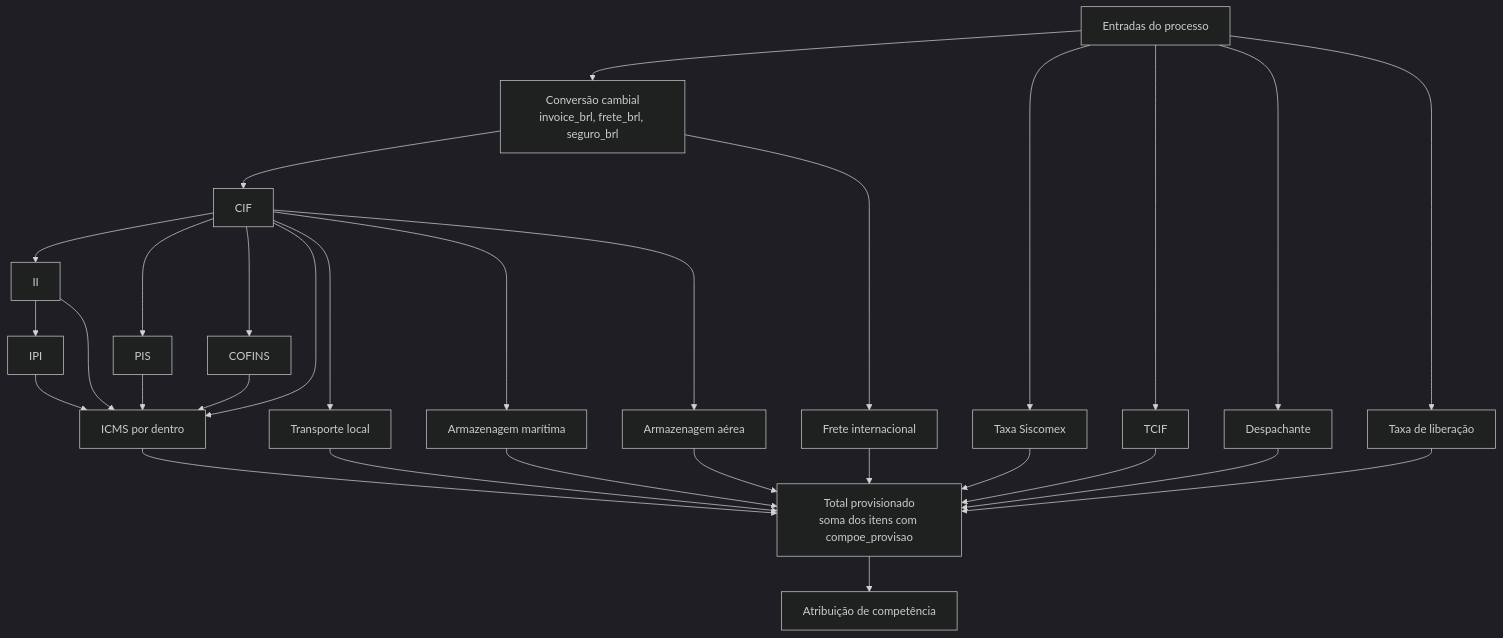
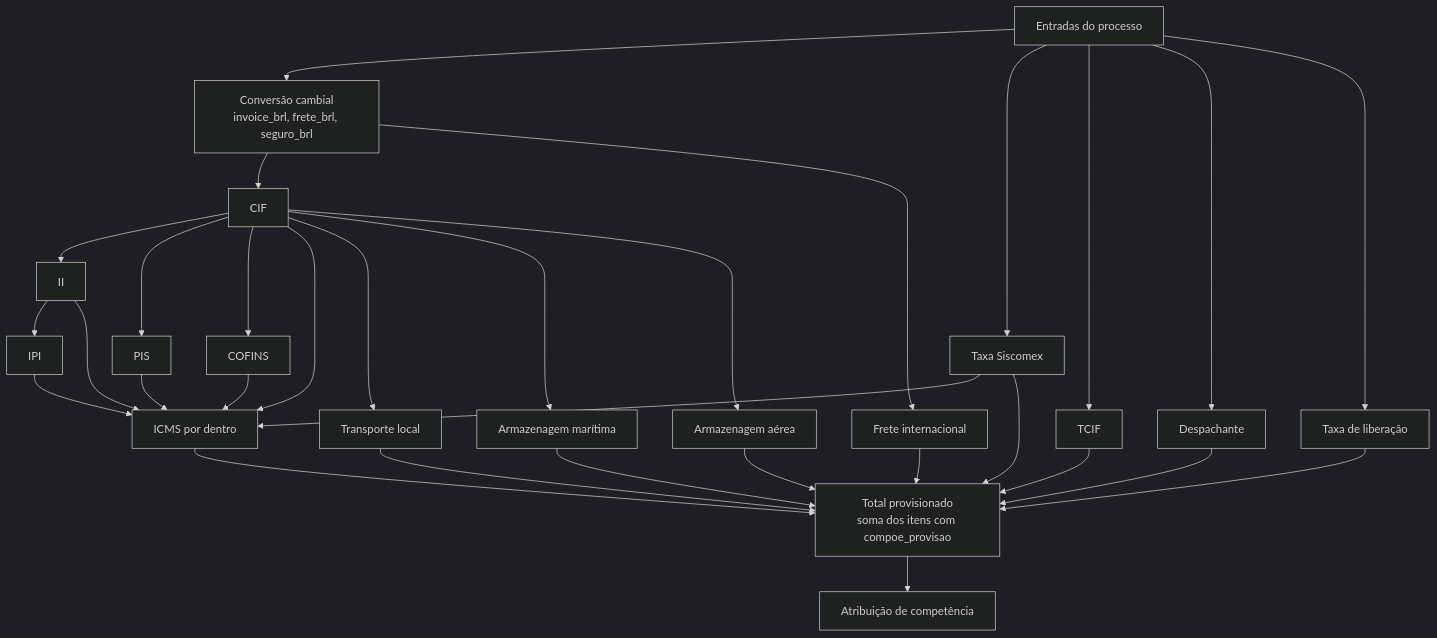
The diagram in docs/04-motor-de-calculo.md (Wasion-it/forescatcost), drawn with Mermaid (dark theme) before and after one commit. The commit also changed other lines of this file and 49 other files, not shown here.

````diff
--- a/docs/04-motor-de-calculo.md
+++ b/docs/04-motor-de-calculo.md
@@ -9,20 +9,20 @@
 ```mermaid
 flowchart TD
     E[Entradas do processo] --> CONV[Conversão cambial<br/>invoice_brl, frete_brl, seguro_brl]
     CONV --> CIF[CIF]
     CIF --> II[II]
     CIF --> PIS[PIS]
     CIF --> COFINS[COFINS]
     II --> IPI[IPI]
     E --> SISC[Taxa Siscomex]
-    CIF & II & IPI & PIS & COFINS --> ICMS[ICMS por dentro]
+    CIF & SISC & II & IPI & PIS & COFINS --> ICMS[ICMS por dentro]
     E --> TCIF[TCIF]
     CIF --> TL[Transporte local]
     CIF --> AM[Armazenagem marítima]
     CIF --> AA[Armazenagem aérea]
     E --> DESP[Despachante]
     CONV --> FI[Frete internacional]
     E --> LIB[Taxa de liberação]
     SISC & ICMS & TCIF & TL & AM & AA & DESP & FI & LIB --> TOT[Total provisionado<br/>soma dos itens com compoe_provisao]
     TOT --> COMP[Atribuição de competência]
 ```
````
